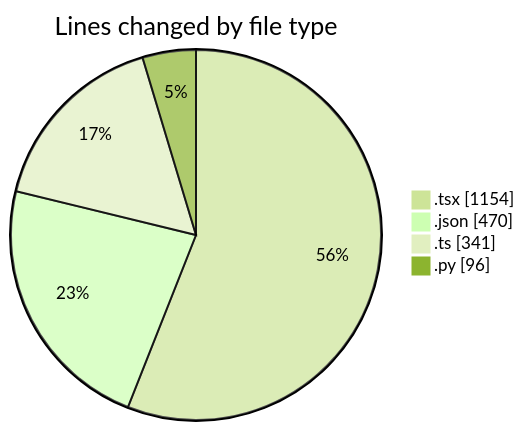
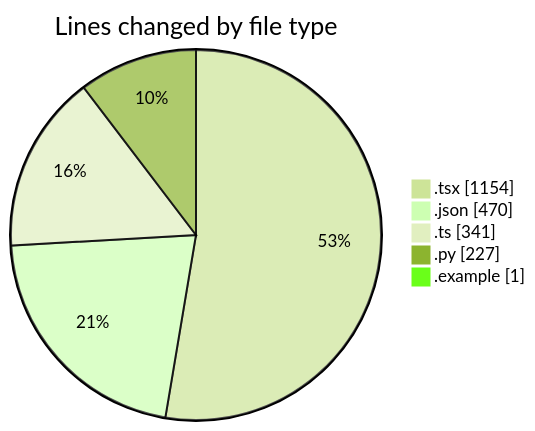
The first of 2 diagrams in 2025-04-30/niten/README.md (Elitesun/code-tracking), drawn with Mermaid (forest theme) before and after one commit. The commit also changed other lines of this file and 1 other file, not shown here.

````diff
--- a/2025-04-30/niten/README.md
+++ b/2025-04-30/niten/README.md
@@ -48,8 +51,9 @@
 ```mermaid
 pie showData
 title Lines changed by file type
 ".tsx" : 1154
 ".json" : 470
 ".ts" : 341
-".py" : 96
+".py" : 227
+".example" : 1
 ```
````
